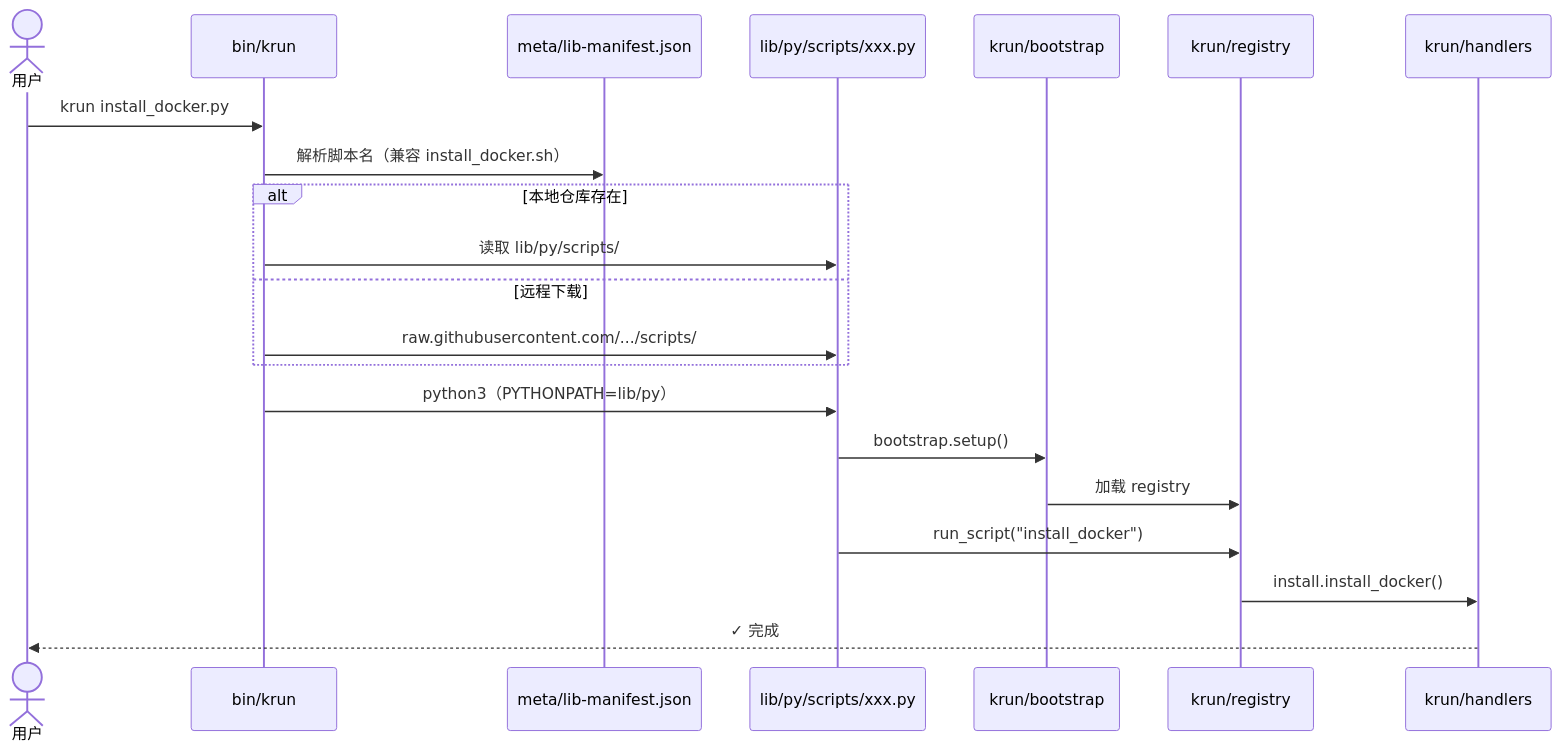
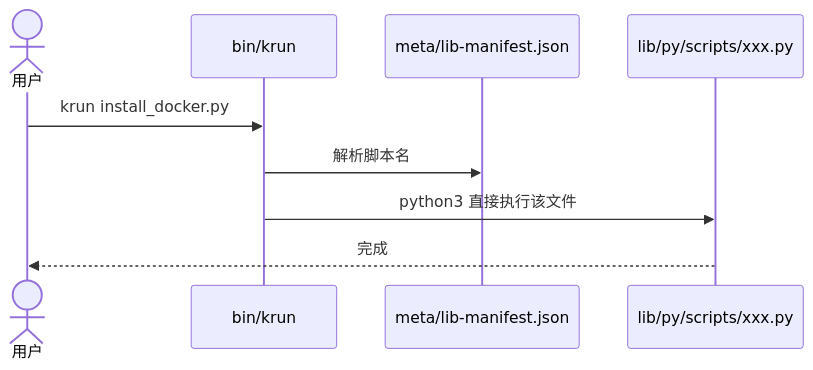
One commit to kevin197011/krun changed the second of 4 diagrams in README.md. Above: the diagram before and after it, drawn with Mermaid. The commit also changed other lines of this file and 112 other files, not shown here.

````diff
--- a/README.md
+++ b/README.md
@@ -98,24 +71,12 @@
 ```mermaid
 sequenceDiagram
     actor U as 用户
     participant K as bin/krun
     participant M as meta/lib-manifest.json
     participant S as lib/py/scripts/xxx.py
-    participant B as krun/bootstrap
-    participant R as krun/registry
-    participant H as krun/handlers
 
     U->>K: krun install_docker.py
-    K->>M: 解析脚本名（兼容 install_docker.sh）
-    alt 本地仓库存在
-        K->>S: 读取 lib/py/scripts/
-    else 远程下载
-        K->>S: raw.githubusercontent.com/.../scripts/
-    end
-    K->>S: python3（PYTHONPATH=lib/py）
-    S->>B: bootstrap.setup()
-    B->>R: 加载 registry
-    S->>R: run_script("install_docker")
-    R->>H: install.install_docker()
-    H-->>U: ✓ 完成
+    K->>M: 解析脚本名
+    K->>S: python3 直接执行该文件
+    S-->>U: 完成
 ```
````
